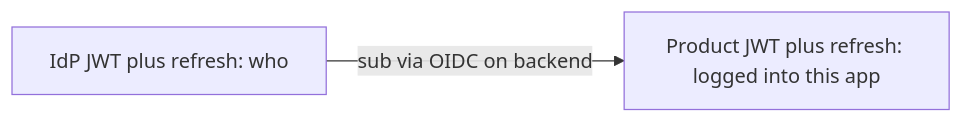
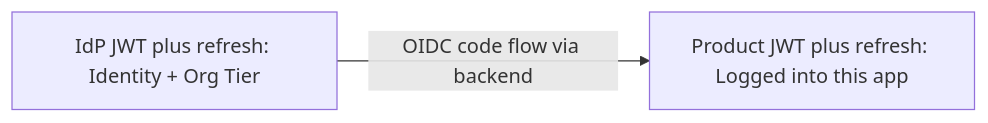
One commit to MahmoudMNael/sc-idp changed the first of 4 diagrams in docs/architecture.md. Above: the diagram before and after it, drawn with Mermaid. The commit also changed other lines of this file and 7 other files, not shown here.

First line of the commit message:
Enhance documentation for operations, security, admin guide, and user flows

````diff
--- a/docs/architecture.md
+++ b/docs/architecture.md
@@ -5,6 +5,6 @@
 ```mermaid
 flowchart LR
-  IdP["IdP JWT plus refresh: who"]
-  Product["Product JWT plus refresh: logged into this app"]
-  IdP -->|"sub via OIDC on backend"| Product
+  IdP["IdP JWT plus refresh: Identity + Org Tier"]
+  Product["Product JWT plus refresh: Logged into this app"]
+  IdP -->|"OIDC code flow via backend"| Product
 ```
````
